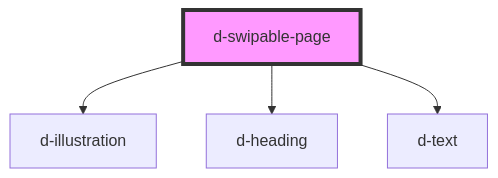
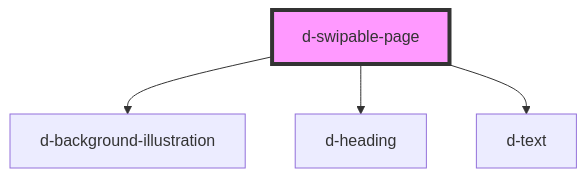
One commit to ForkbombEu/didroom-components changed the diagram in src/components/swipable-page/readme.md. Above: the diagram before and after it, drawn with Mermaid. The commit also changed other lines of this file and 34 other files, not shown here.

````diff
--- a/src/components/swipable-page/readme.md
+++ b/src/components/swipable-page/readme.md
@@ -27,7 +27,7 @@
 ```mermaid
 graph TD;
-  d-swipable-page --> d-illustration
+  d-swipable-page --> d-background-illustration
   d-swipable-page --> d-heading
   d-swipable-page --> d-text
   style d-swipable-page fill:#f9f,stroke:#333,stroke-width:4px
 ```
````
